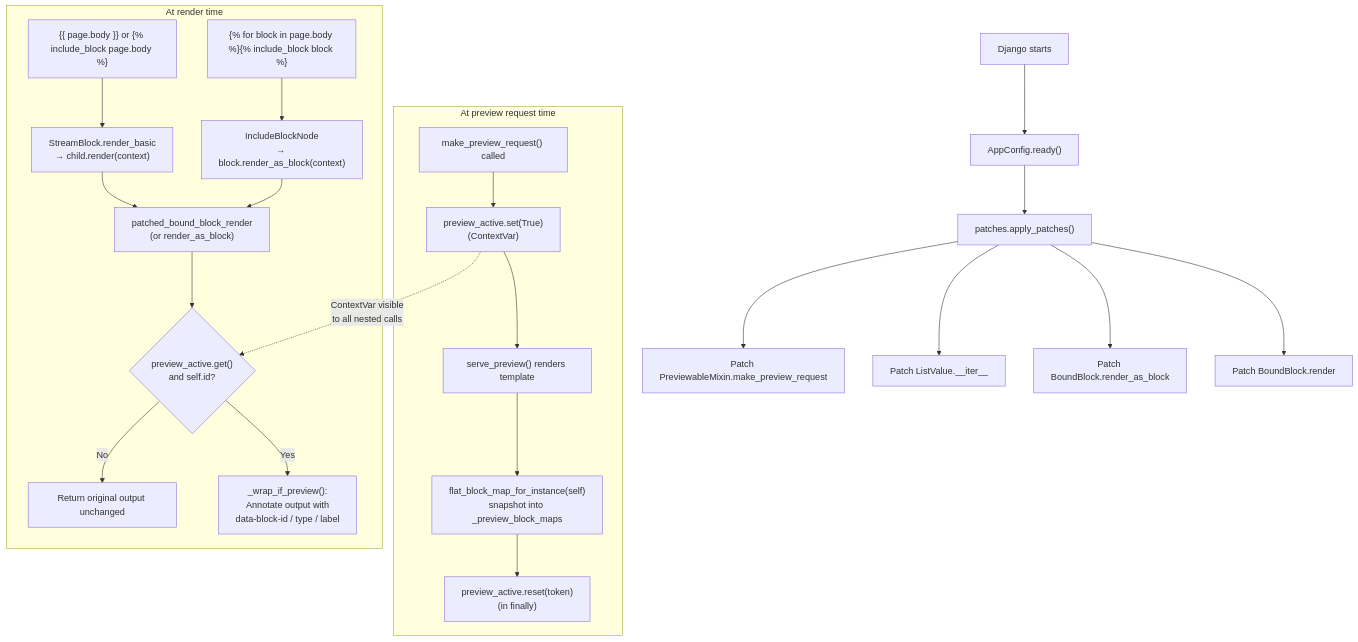
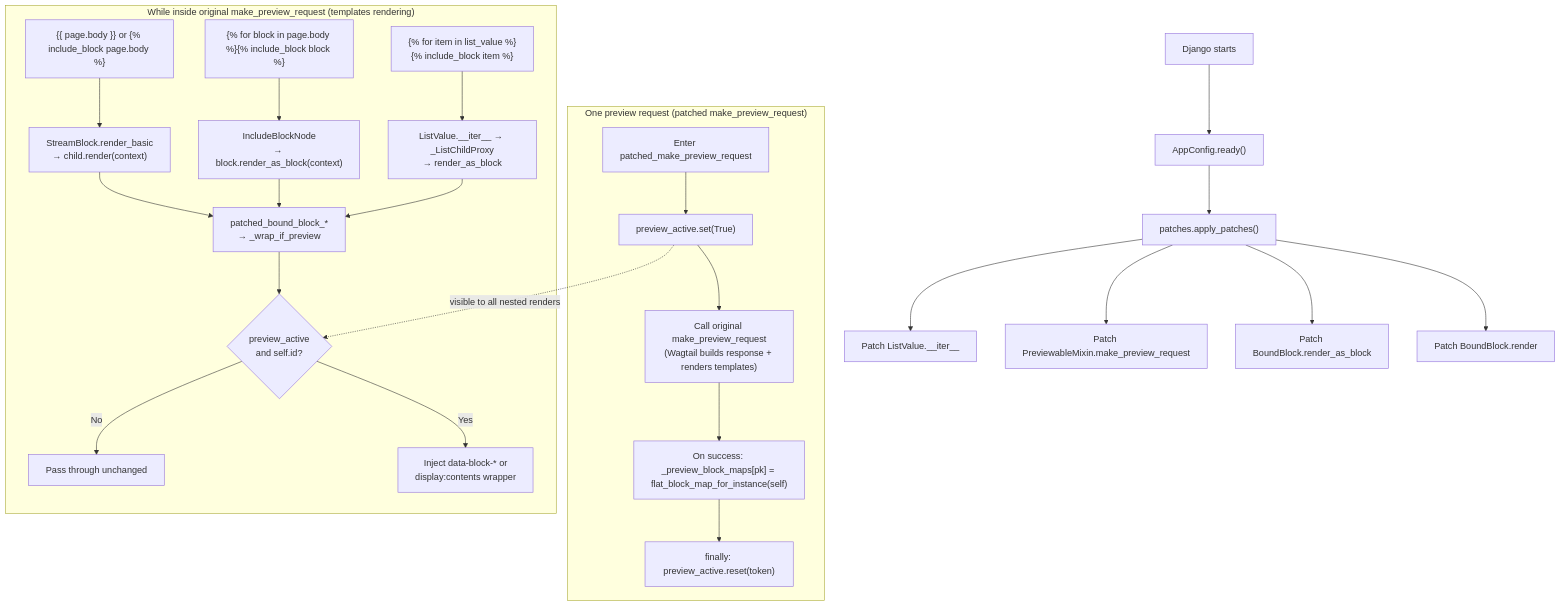
The third of 8 diagrams in docs/architecture.md (lincolnloop/wagtail-inspect), drawn with Mermaid before and after one commit. The commit also changed other lines of this file and 28 other files, not shown here.

First line of the commit message:
Release 0.1.1: live-page inspect, CSP-safe userbar media, Wagtail 6+ preview iframe

````diff
--- a/docs/architecture.md
+++ b/docs/architecture.md
@@ -143,31 +171,33 @@
 ```mermaid
 flowchart TD
   A["Django starts"] --> B["AppConfig.ready()"]
   B --> C["patches.apply_patches()"]
   C --> D1["Patch BoundBlock.render"]
   C --> D2["Patch BoundBlock.render_as_block"]
-  C --> D3["Patch ListValue.__iter__"]
-  C --> D4["Patch PreviewableMixin.make_preview_request"]
+  C --> D3["Patch PreviewableMixin.make_preview_request"]
+  C --> D4["Patch ListValue.__iter__"]
 
-  subgraph previewRequest ["At preview request time"]
-    PR["make_preview_request() called"]
-    PR --> CV["preview_active.set(True)\n(ContextVar)"]
-    CV --> SR["serve_preview() renders template"]
-    SR --> BM["flat_block_map_for_instance(self)\nsnapshot into _preview_block_maps"]
-    BM --> FN["preview_active.reset(token)\n(in finally)"]
+  subgraph previewRequest ["One preview request (patched make_preview_request)"]
+    PR["Enter patched_make_preview_request"]
+    PR --> CV["preview_active.set(True)"]
+    CV --> Inner["Call original make_preview_request\n(Wagtail builds response + renders templates)"]
+    Inner --> Snap["On success: _preview_block_maps[pk] = flat_block_map_for_instance(self)"]
+    Snap --> FN["finally: preview_active.reset(token)"]
   end
 
-  subgraph rendering ["At render time"]
+  subgraph rendering ["While inside original make_preview_request (templates rendering)"]
     E1["{{ page.body }} or {% include_block page.body %}"] --> F1["StreamBlock.render_basic\n→ child.render(context)"]
     E2["{% for block in page.body %}{% include_block block %}"] --> F2["IncludeBlockNode\n→ block.render_as_block(context)"]
+    E3["{% for item in list_value %}\n{% include_block item %}"] --> F3["ListValue.__iter__ → _ListChildProxy\n→ render_as_block"]
 
-    F1 --> G["patched_bound_block_render\n(or render_as_block)"]
+    F1 --> G["patched_bound_block_*\n→ _wrap_if_preview"]
     F2 --> G
+    F3 --> G
 
-    G --> H{"preview_active.get()\nand self.id?"}
-    H -- Yes --> I["_wrap_if_preview():\nAnnotate output with\ndata-block-id / type / label"]
-    H -- No --> J["Return original output unchanged"]
+    G --> H{"preview_active\nand self.id?"}
+    H -- Yes --> I["Inject data-block-* or\ndisplay:contents wrapper"]
+    H -- No --> J["Pass through unchanged"]
   end
 
-  CV -.->|"ContextVar visible\nto all nested calls"| H
+  CV -.->|"visible to all nested renders"| H
 ```
````
